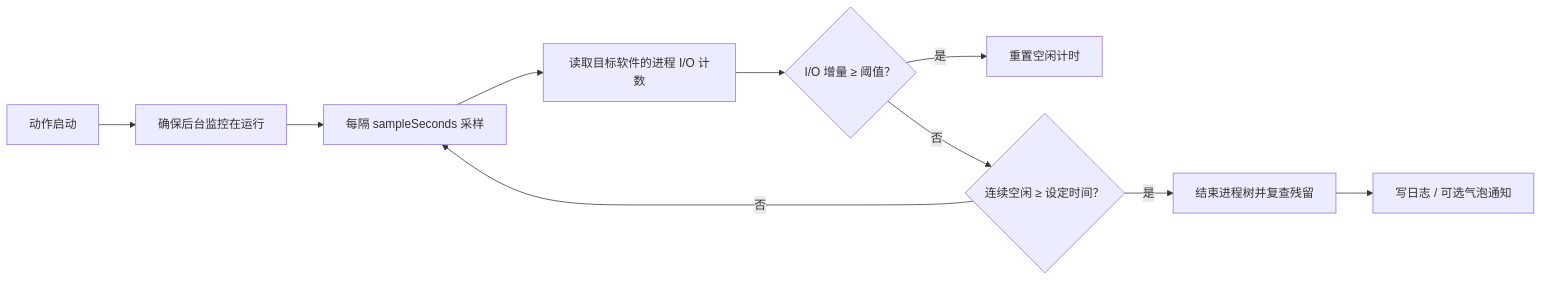
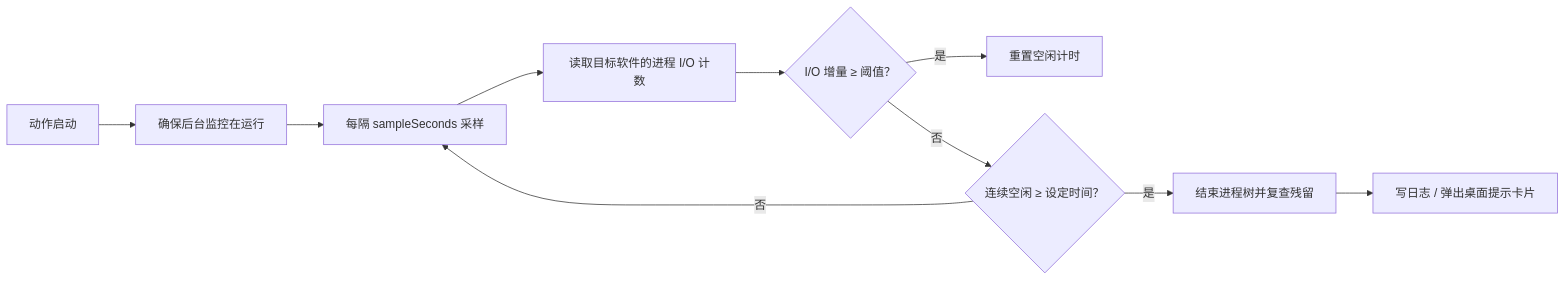
One commit to woaixaingxaing/quicker-actions changed the diagram in quicker/transfer-idle-watchdog/README.md. Above: the diagram before and after it, drawn with Mermaid. The commit also changed other lines of this file and 5 other files, not shown here.

````diff
--- a/quicker/transfer-idle-watchdog/README.md
+++ b/quicker/transfer-idle-watchdog/README.md
@@ -30,12 +31,12 @@
 ```mermaid
 flowchart LR
     A["动作启动"] --> B["确保后台监控在运行"]
     B --> C["每隔 sampleSeconds 采样"]
     C --> D["读取目标软件的进程 I/O 计数"]
     D --> E{"I/O 增量 ≥ 阈值？"}
     E -- 是 --> F["重置空闲计时"]
     E -- 否 --> G{"连续空闲 ≥ 设定时间？"}
     G -- 否 --> C
     G -- 是 --> H["结束进程树并复查残留"]
-    H --> I["写日志 / 可选气泡通知"]
+    H --> I["写日志 / 弹出桌面提示卡片"]
 ```
````
